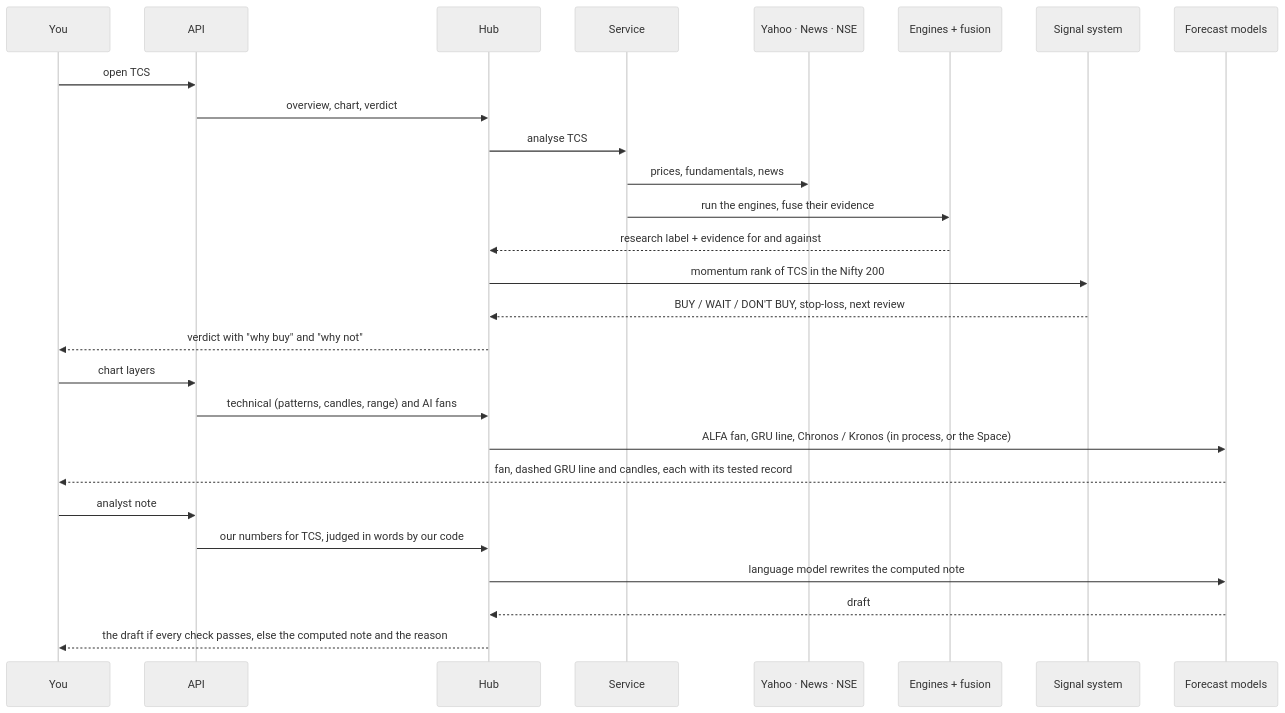
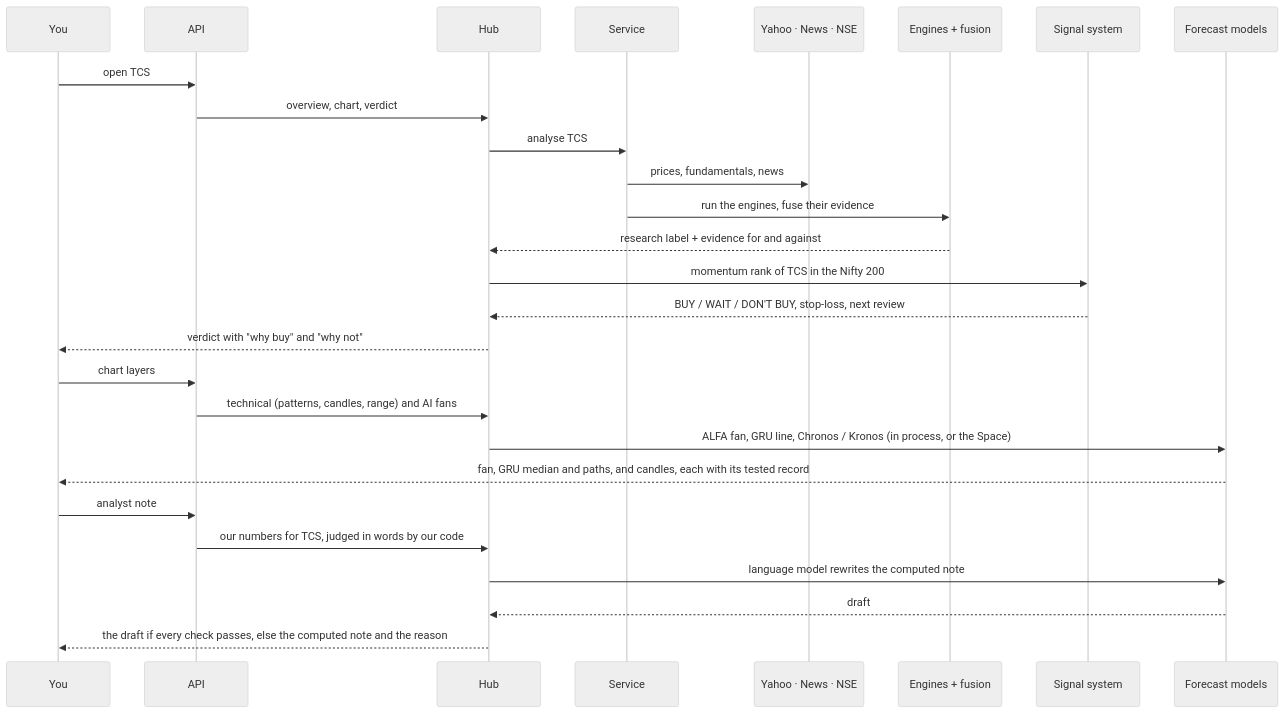
The second of 4 diagrams in docs/ARCHITECTURE.md (Kapurrrishabh/ALFA-Adaptive-Learning-Framework-for-Agents), drawn with Mermaid (neutral theme) before and after one commit. The commit also changed other lines of this file and 19 other files, not shown here.

First line of the commit message:
Forecast 10 days ahead, and have the GRU forecast each day's move so its paths fluctuate

````diff
--- a/docs/ARCHITECTURE.md
+++ b/docs/ARCHITECTURE.md
@@ -38,29 +38,29 @@
 ```mermaid
 sequenceDiagram
   participant U as You
   participant A as API
   participant H as Hub
   participant S as Service
   participant D as Yahoo · News · NSE
   participant E as Engines + fusion
   participant G as Signal system
   participant F as Forecast models
   U->>A: open TCS
   A->>H: overview, chart, verdict
   H->>S: analyse TCS
   S->>D: prices, fundamentals, news
   S->>E: run the engines, fuse their evidence
   E-->>H: research label + evidence for and against
   H->>G: momentum rank of TCS in the Nifty 200
   G-->>H: BUY / WAIT / DON'T BUY, stop-loss, next review
   H-->>U: verdict with "why buy" and "why not"
   U->>A: chart layers
   A->>H: technical (patterns, candles, range) and AI fans
   H->>F: ALFA fan, GRU line, Chronos / Kronos (in process, or the Space)
-  F-->>U: fan, dashed GRU line and candles, each with its tested record
+  F-->>U: fan, GRU median and paths, and candles, each with its tested record
   U->>A: analyst note
   A->>H: our numbers for TCS, judged in words by our code
   H->>F: language model rewrites the computed note
   F-->>H: draft
   H-->>U: the draft if every check passes, else the computed note and the reason
 ```
````
